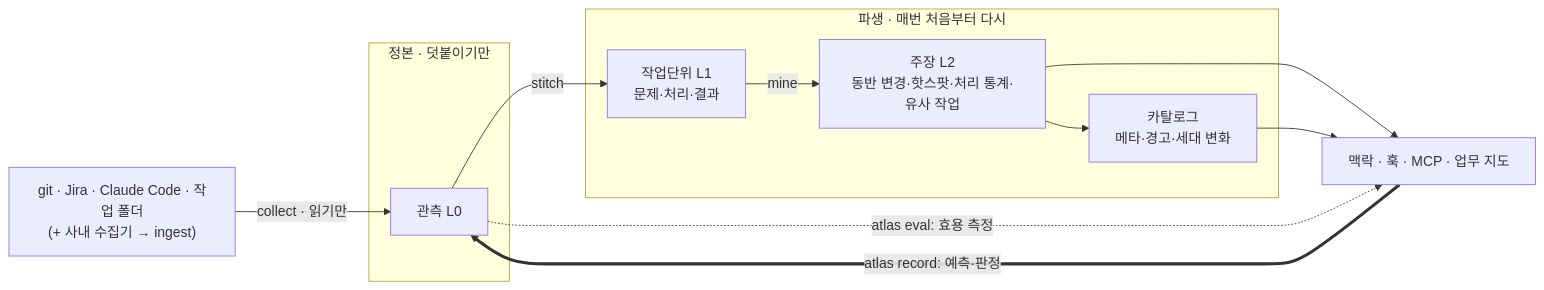
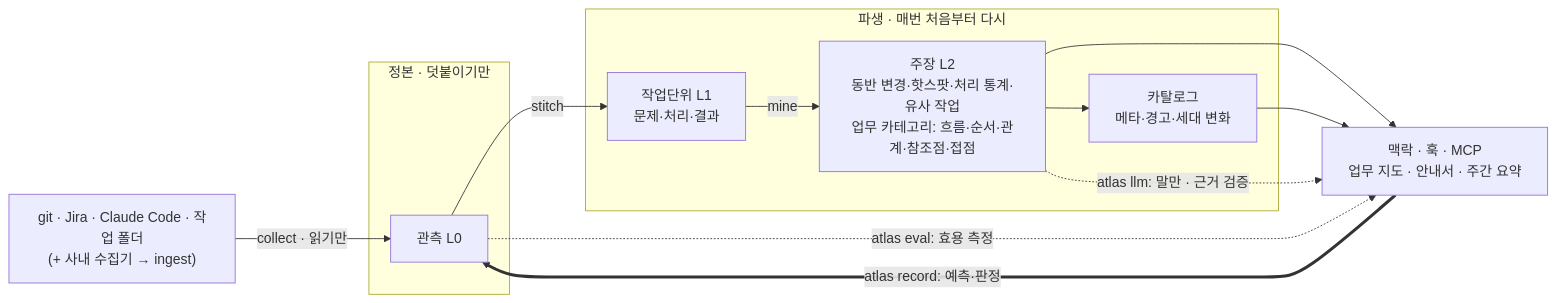
The diagram in README.md (d-j-lee/work-atlas), drawn with Mermaid before and after one commit. The commit also changed other lines of this file and 48 other files, not shown here.

First line of the commit message:
v2.2: 업무 카테고리와 소비 채널 — 일 단위의 흐름·병목·관계·참조점·접점, 근거 검증을 거치는 LLM 층

````diff
--- a/README.md
+++ b/README.md
@@ -88,15 +100,16 @@
 ```mermaid
 flowchart LR
   S["git · Jira · Claude Code · 작업 폴더<br/>(+ 사내 수집기 → ingest)"] -->|"collect · 읽기만"| L0
   subgraph CANON["정본 · 덧붙이기만"]
     L0["관측 L0"]
   end
   subgraph DER["파생 · 매번 처음부터 다시"]
-    L1["작업단위 L1<br/>문제·처리·결과"] -->|mine| L2["주장 L2<br/>동반 변경·핫스팟·처리 통계·유사 작업"]
+    L1["작업단위 L1<br/>문제·처리·결과"] -->|mine| L2["주장 L2<br/>동반 변경·핫스팟·처리 통계·유사 작업<br/>업무 카테고리: 흐름·순서·관계·참조점·접점"]
     L2 --> M["카탈로그<br/>메타·경고·세대 변화"]
   end
   L0 -->|stitch| L1
-  L2 & M --> C["맥락 · 훅 · MCP · 업무 지도"]
+  L2 & M --> C["맥락 · 훅 · MCP<br/>업무 지도 · 안내서 · 주간 요약"]
+  L2 -.->|"atlas llm: 말만 · 근거 검증"| C
   C ==>|"atlas record: 예측·판정"| L0
   L0 -.->|"atlas eval: 효용 측정"| C
 ```
````
